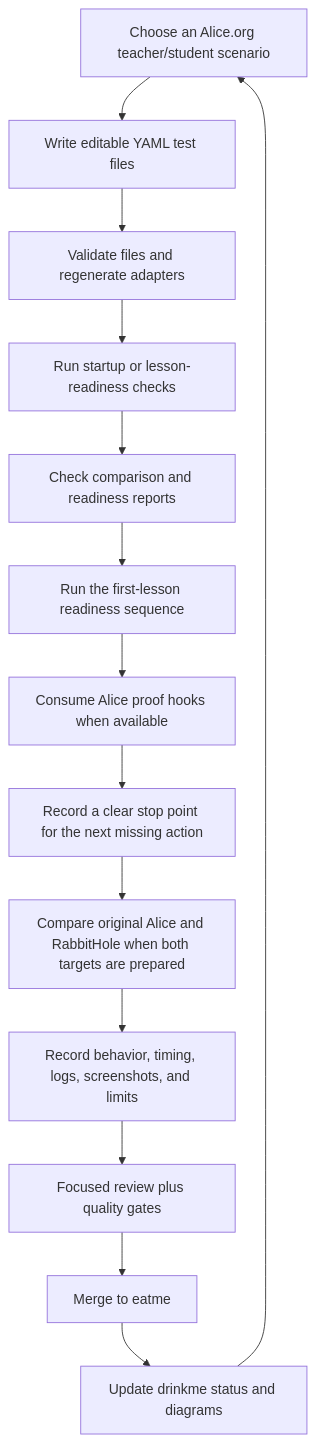
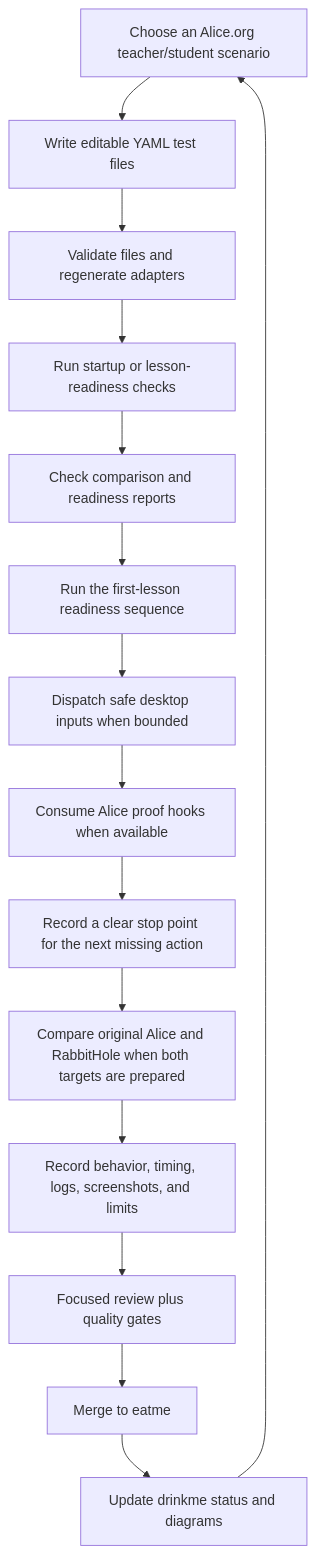
Before and after one commit to rysweet/drinkme: the sixth of 6 diagrams in README.md, drawn with Mermaid. The commit also changed other lines of this file and 2 other files, not shown here.

Commit message:
Document desktop save shortcut dispatch

````diff
--- a/README.md
+++ b/README.md
@@ -133,16 +133,17 @@
 ```mermaid
 flowchart TD
   A["Choose an Alice.org teacher/student scenario"] --> Y["Write editable YAML test files"]
   Y --> G["Validate files and regenerate adapters"]
   G --> H["Run startup or lesson-readiness checks"]
   H --> L["Check comparison and readiness reports"]
   L --> Q["Run the first-lesson readiness sequence"]
-  Q --> O["Consume Alice proof hooks when available"]
+  Q --> D["Dispatch safe desktop inputs when bounded"]
+  D --> O["Consume Alice proof hooks when available"]
   O --> N["Record a clear stop point for the next missing action"]
   N --> C["Compare original Alice and RabbitHole when both targets are prepared"]
   C --> B["Record behavior, timing, logs, screenshots, and limits"]
   B --> R["Focused review plus quality gates"]
   R --> M["Merge to eatme"]
   M --> S["Update drinkme status and diagrams"]
   S --> A
 ```
````
